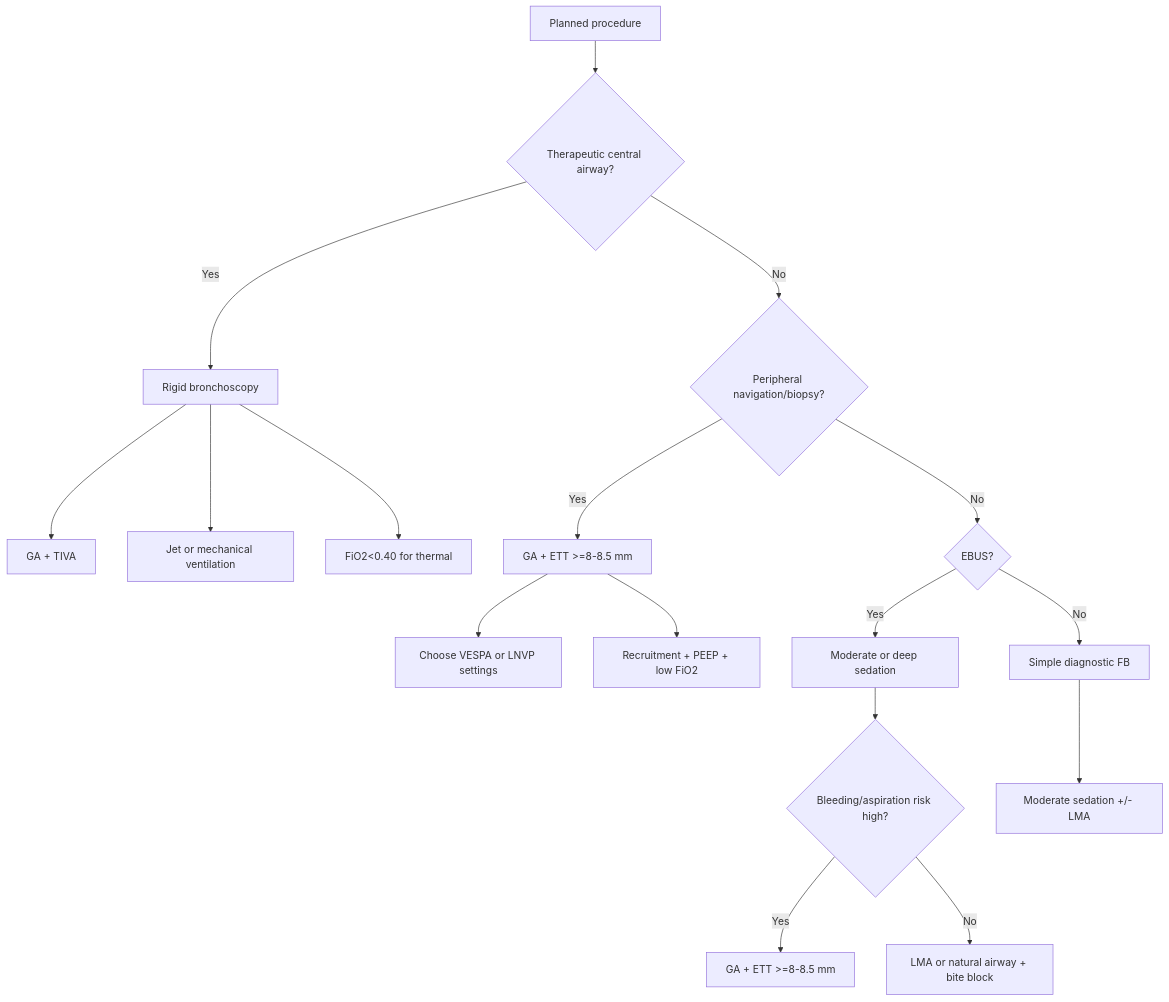
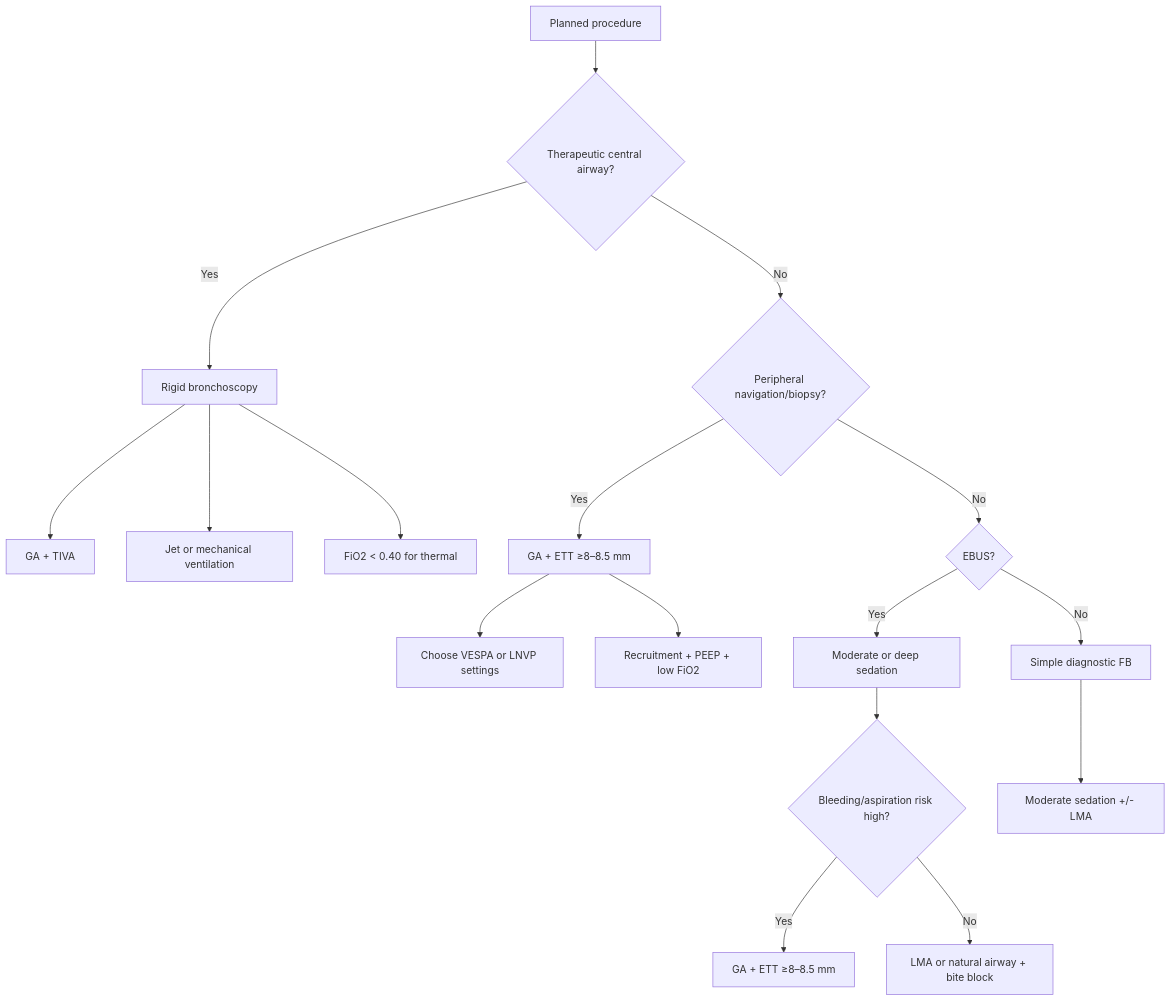
The first of 3 diagrams in content/modules/board/anesthesia-for-ip.mdx (russellmiller49/Interventional-Pulm-Education-Project), drawn with Mermaid before and after one commit. The commit also changed other lines of this file and 45 other files, not shown here.

````diff
--- a/content/modules/board/anesthesia-for-ip.mdx
+++ b/content/modules/board/anesthesia-for-ip.mdx
@@ -189,19 +130,19 @@
 ```mermaid
 flowchart TD
-A[Planned procedure] --> B{Therapeutic central airway?}
-B -->|Yes| C[Rigid bronchoscopy]
-C --> C1[GA + TIVA]
-C --> C2[Jet or mechanical ventilation]
-C --> C3[FiO2&lt;0.40 for thermal]
-B -->|No| D{Peripheral navigation/biopsy?}
-D -->|Yes| E[GA + ETT &gt;=8-8.5 mm]
-E --> E1[Choose VESPA or LNVP settings]
-E --> E2[Recruitment + PEEP + low FiO2]
-D -->|No| F{EBUS?}
-F -->|Yes| G[Moderate or deep sedation]
-G --> H{Bleeding/aspiration risk high?}
-H -->|Yes| I[GA + ETT &gt;=8-8.5 mm]
-H -->|No| J[LMA or natural airway + bite block]
-F -->|No| K[Simple diagnostic FB]
-K --> L[Moderate sedation +/- LMA]
+        A["Planned procedure"] --> B{"Therapeutic central airway?"}
+        B -- "Yes" --> C["Rigid bronchoscopy"]
+        C --> C1["GA + TIVA"]
+        C --> C2["Jet or mechanical ventilation"]
+        C --> C3["FiO2 < 0.40 for thermal"]
+        B -- "No" --> D{"Peripheral navigation/biopsy?"}
+        D -- "Yes" --> E["GA + ETT ≥8–8.5 mm"]
+        E --> E1["Choose VESPA or LNVP settings"]
+        E --> E2["Recruitment + PEEP + low FiO2"]
+        D -- "No" --> F{"EBUS?"}
+        F -- "Yes" --> G["Moderate or deep sedation"]
+        G --> H{"Bleeding/aspiration risk high?"}
+        H -- "Yes" --> I["GA + ETT ≥8–8.5 mm"]
+        H -- "No" --> J["LMA or natural airway + bite block"]
+        F -- "No" --> K["Simple diagnostic FB"]
+        K --> L["Moderate sedation +/- LMA"]
 ```
````
